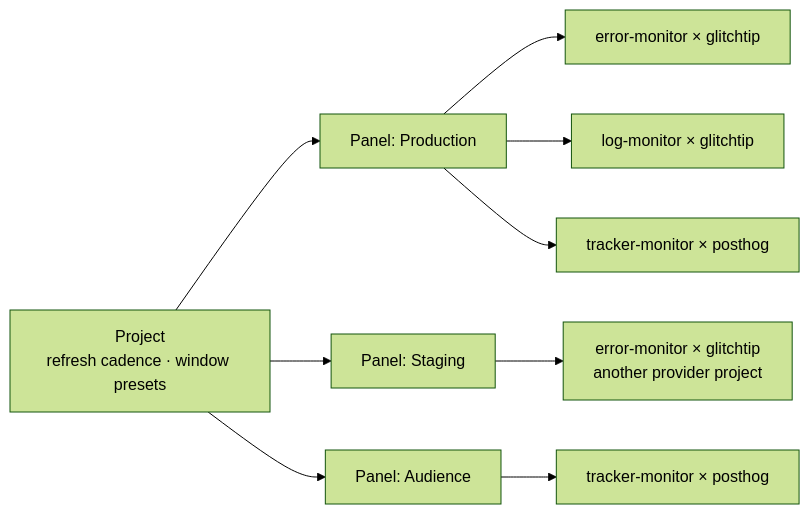
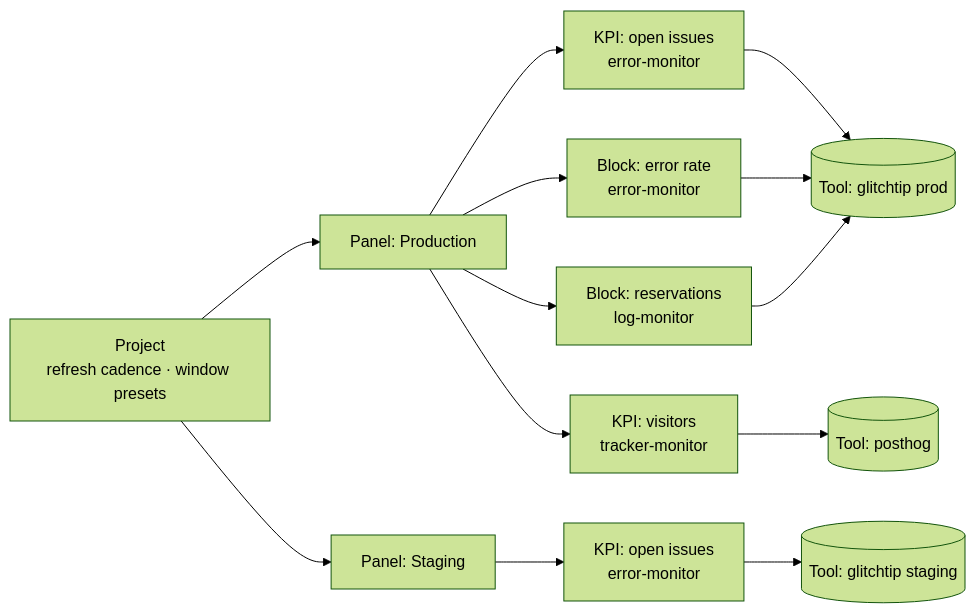
One commit to webteamuxco/dashboard-monitor changed the third of 6 diagrams in apps/docs-site/docs/architecture.md. Above: the diagram before and after it, drawn with Mermaid (forest theme). The commit also changed other lines of this file and 10 other files, not shown here.

````diff
--- a/apps/docs-site/docs/architecture.md
+++ b/apps/docs-site/docs/architecture.md
@@ -68,11 +68,15 @@
 ```mermaid
 flowchart LR
     P["Project<br/>refresh cadence · window presets"] --> A["Panel: Production"]
     P --> B["Panel: Staging"]
-    P --> C["Panel: Audience"]
-    A --> A1[error-monitor × glitchtip]
-    A --> A2[log-monitor × glitchtip]
-    A --> A3[tracker-monitor × posthog]
-    B --> B1[error-monitor × glitchtip<br/>another provider project]
-    C --> C1[tracker-monitor × posthog]
+    A --> K1["KPI: open issues<br/>error-monitor"]
+    A --> K2["KPI: visitors<br/>tracker-monitor"]
+    A --> BL1["Block: error rate<br/>error-monitor"]
+    A --> BL2["Block: reservations<br/>log-monitor"]
+    B --> K3["KPI: open issues<br/>error-monitor"]
+    K1 --> T1[(Tool: glitchtip prod)]
+    BL1 --> T1
+    BL2 --> T1
+    K2 --> T2[(Tool: posthog)]
+    K3 --> T3[(Tool: glitchtip staging)]
 ```
````
